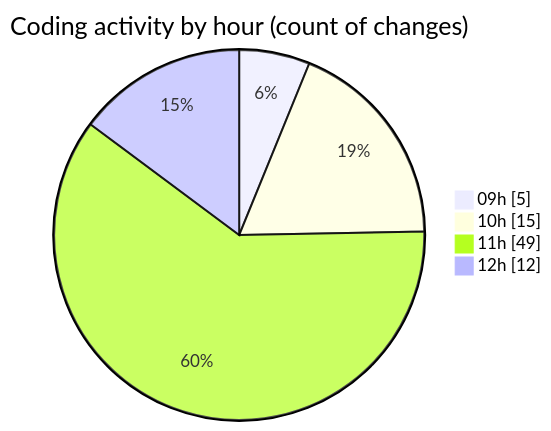
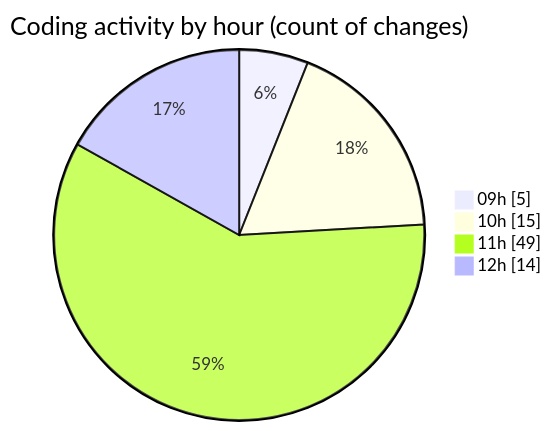
One commit to CELIANVF/code-tracking changed the second of 2 diagrams in 2025-06-13/ecodeli-1/README.md. Above: the diagram before and after it, drawn with Mermaid. The commit also changed other lines of this file and 1 other file, not shown here.

````diff
--- a/2025-06-13/ecodeli-1/README.md
+++ b/2025-06-13/ecodeli-1/README.md
@@ -47,8 +47,8 @@
 ```mermaid
 pie showData
 title Coding activity by hour (count of changes)
 "09h" : 5
 "10h" : 15
 "11h" : 49
-"12h" : 12
+"12h" : 14
 ```
````
